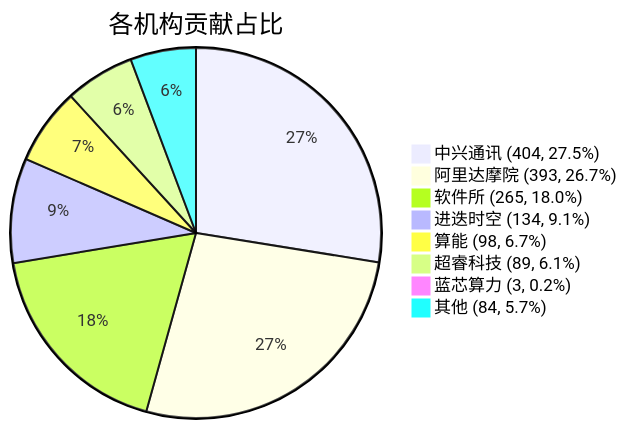
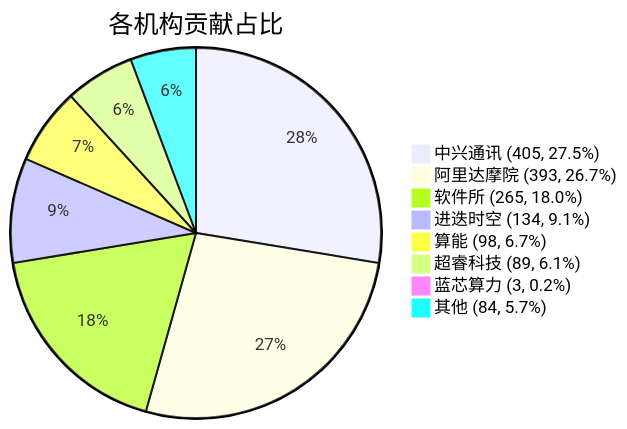
The diagram in docs/index.md (RVCK-Project/rvck), drawn with Mermaid before and after one commit. The commit also changed other lines of this file and 23 other files, not shown here.

````diff
--- a/docs/index.md
+++ b/docs/index.md
@@ -40,11 +40,11 @@
 ```mermaid
 pie title 各机构贡献占比
-    "中兴通讯 (404, 27.5%)" : 404
+    "中兴通讯 (405, 27.5%)" : 405
     "阿里达摩院 (393, 26.7%)" : 393
     "软件所 (265, 18.0%)" : 265
     "进迭时空 (134, 9.1%)" : 134
     "算能 (98, 6.7%)" : 98
     "超睿科技 (89, 6.1%)" : 89
     "蓝芯算力 (3, 0.2%)" : 3
     "其他 (84, 5.7%)" : 84
 ```
````
